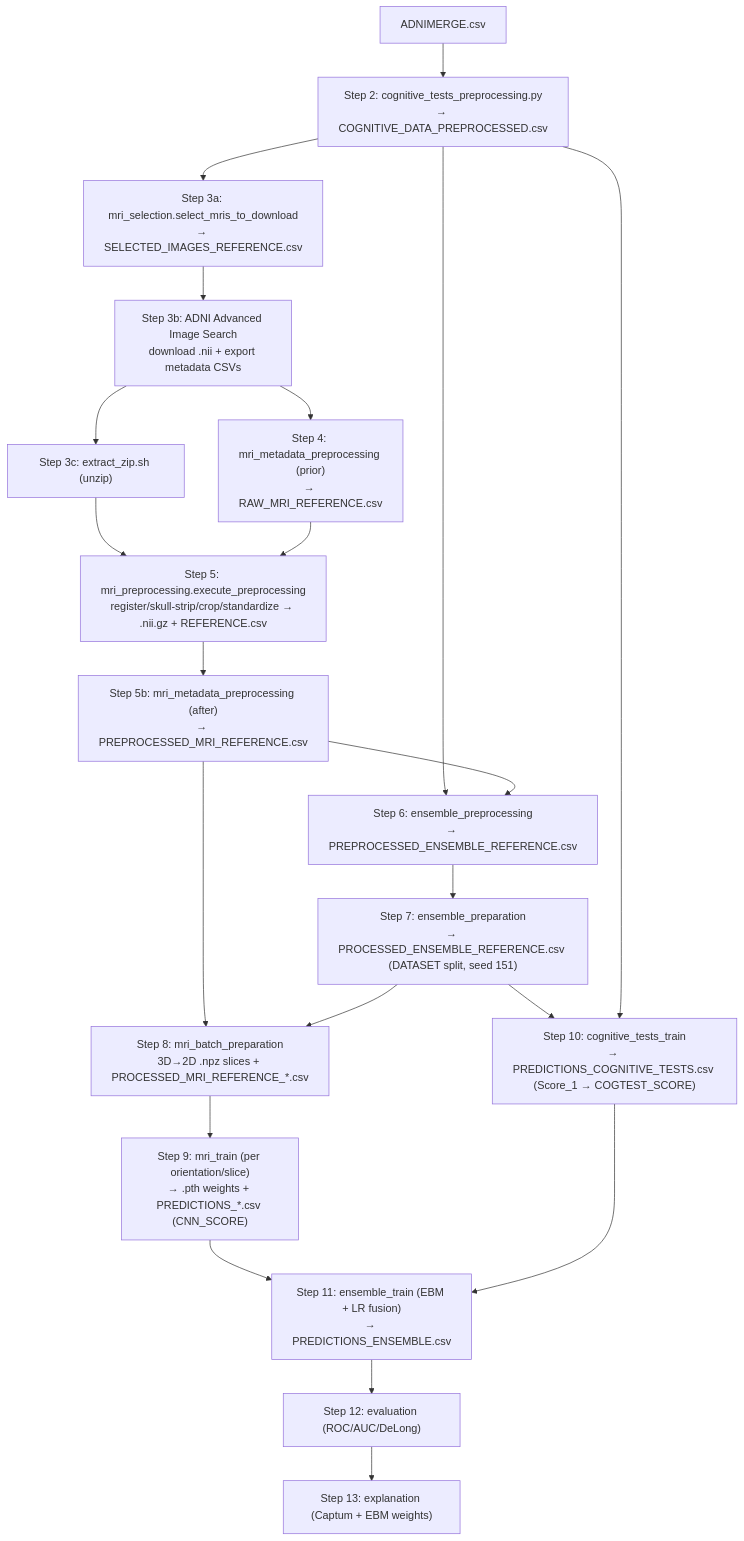
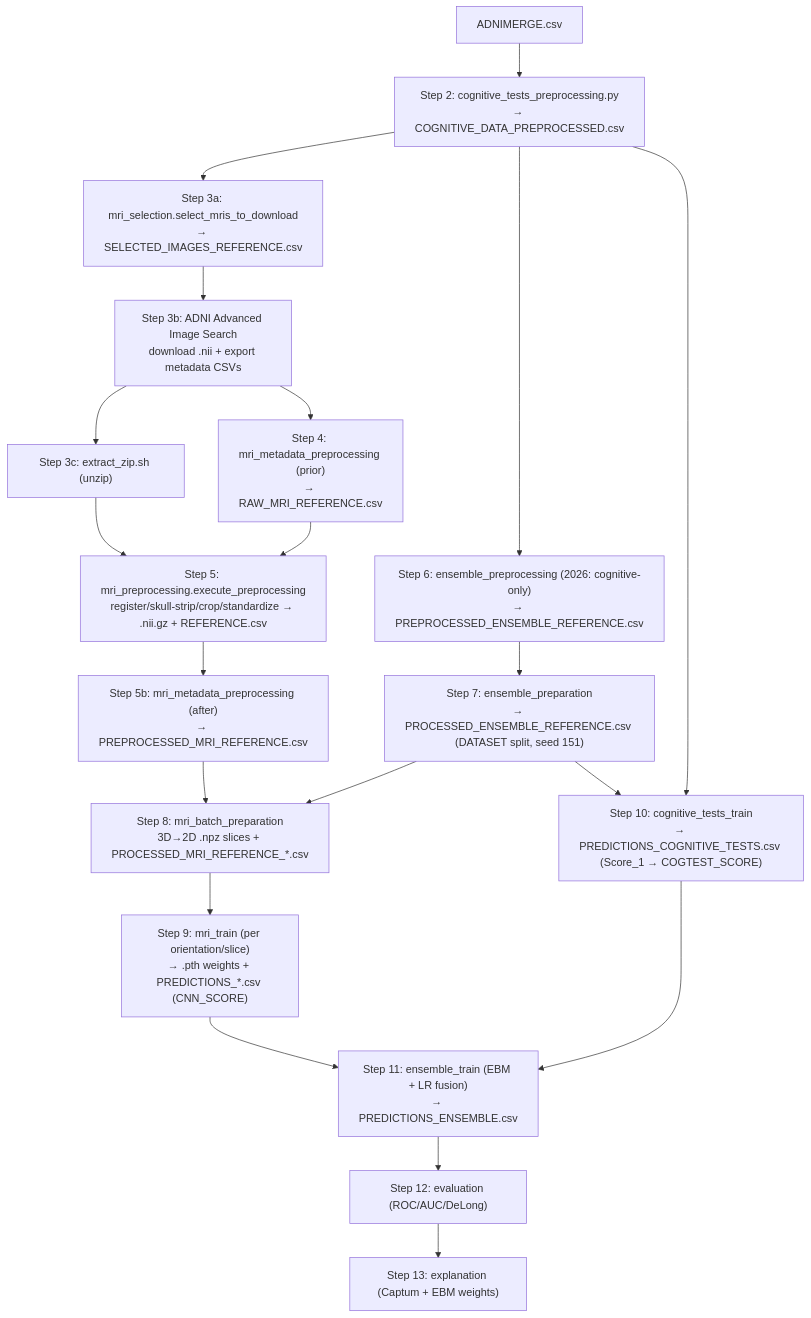
The diagram in docs/experiments/running-experiments.md (lucasthim/mmml-alzheimer-diagnosis), drawn with Mermaid before and after one commit. The commit also changed other lines of this file and 3 other files, not shown here.

````diff
--- a/docs/experiments/running-experiments.md
+++ b/docs/experiments/running-experiments.md
@@ -16,23 +16,22 @@
 ```mermaid
 flowchart TD
     A[ADNIMERGE.csv] --> B["Step 2: cognitive_tests_preprocessing.py<br/>→ COGNITIVE_DATA_PREPROCESSED.csv"]
     B --> C["Step 3a: mri_selection.select_mris_to_download<br/>→ SELECTED_IMAGES_REFERENCE.csv"]
     C --> D["Step 3b: ADNI Advanced Image Search<br/>download .nii + export metadata CSVs"]
     D --> E["Step 3c: extract_zip.sh (unzip)"]
     D --> F["Step 4: mri_metadata_preprocessing (prior)<br/>→ RAW_MRI_REFERENCE.csv"]
     E --> G["Step 5: mri_preprocessing.execute_preprocessing<br/>register/skull-strip/crop/standardize → .nii.gz + REFERENCE.csv"]
     F --> G
     G --> H["Step 5b: mri_metadata_preprocessing (after)<br/>→ PREPROCESSED_MRI_REFERENCE.csv"]
-    B --> I["Step 6: ensemble_preprocessing<br/>→ PREPROCESSED_ENSEMBLE_REFERENCE.csv"]
-    H --> I
+    B --> I["Step 6: ensemble_preprocessing (2026: cognitive-only)<br/>→ PREPROCESSED_ENSEMBLE_REFERENCE.csv"]
     I --> J["Step 7: ensemble_preparation<br/>→ PROCESSED_ENSEMBLE_REFERENCE.csv (DATASET split, seed 151)"]
     H --> K["Step 8: mri_batch_preparation<br/>3D→2D .npz slices + PROCESSED_MRI_REFERENCE_*.csv"]
     J --> K
     K --> L["Step 9: mri_train (per orientation/slice)<br/>→ .pth weights + PREDICTIONS_*.csv (CNN_SCORE)"]
     J --> M["Step 10: cognitive_tests_train<br/>→ PREDICTIONS_COGNITIVE_TESTS.csv (Score_1 → COGTEST_SCORE)"]
     B --> M
     L --> N["Step 11: ensemble_train (EBM + LR fusion)<br/>→ PREDICTIONS_ENSEMBLE.csv"]
     M --> N
     N --> O["Step 12: evaluation (ROC/AUC/DeLong)"]
     O --> P["Step 13: explanation (Captum + EBM weights)"]
 ```
````
